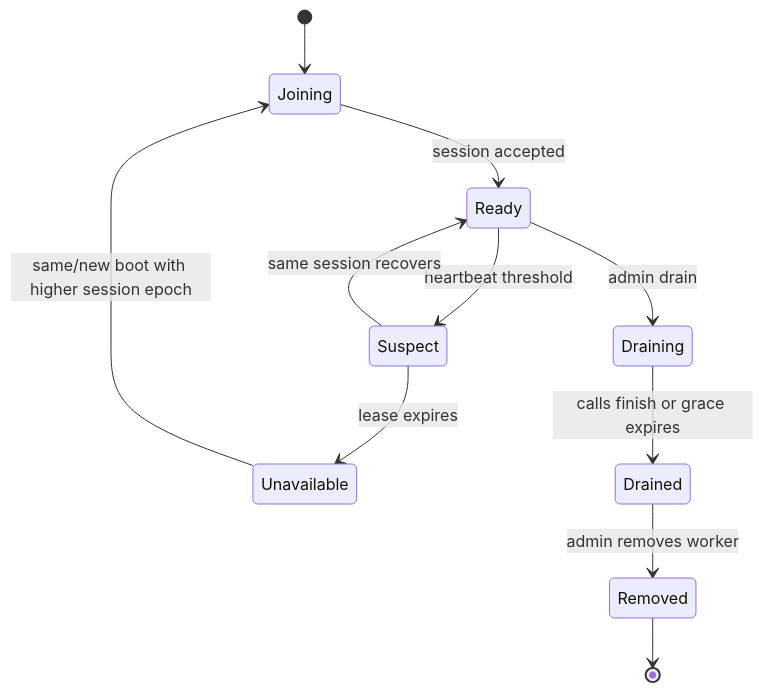
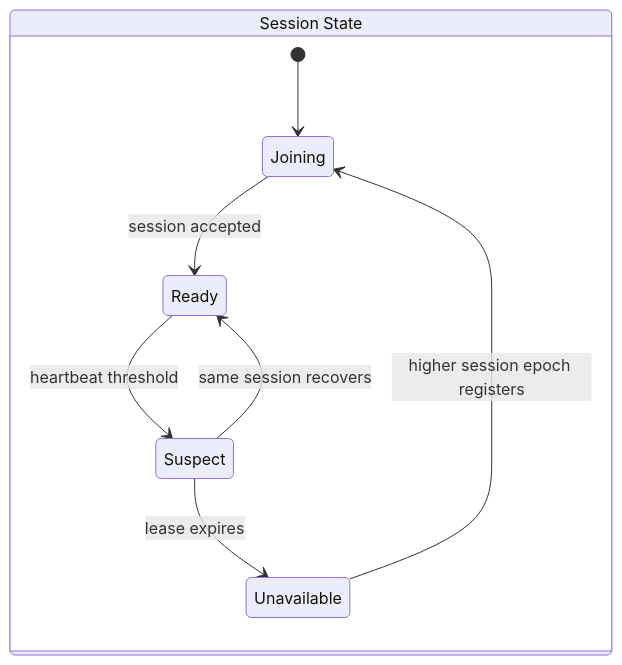
Before and after one commit to yourikka/minicloud: the fifth of 12 diagrams in MiniCloud-Spec-v1.0.md, drawn with Mermaid. The commit also changed other lines of this file, not shown here.

````diff
--- a/MiniCloud-Spec-v1.0.md
+++ b/MiniCloud-Spec-v1.0.md
@@ -937,13 +1022,11 @@
 ```mermaid
 stateDiagram-v2
-    [*] --> Joining
-    Joining --> Ready: session accepted
-    Ready --> Suspect: heartbeat threshold
-    Suspect --> Ready: same session recovers
-    Suspect --> Unavailable: lease expires
-    Ready --> Draining: admin drain
-    Draining --> Drained: calls finish or grace expires
-    Drained --> Removed: admin removes worker
-    Unavailable --> Joining: same/new boot with higher session epoch
-    Removed --> [*]
+    state "Session State" as session {
+        [*] --> Joining
+        Joining --> Ready: session accepted
+        Ready --> Suspect: heartbeat threshold
+        Suspect --> Ready: same session recovers
+        Suspect --> Unavailable: lease expires
+        Unavailable --> Joining: higher session epoch registers
+    }
 ```
````
